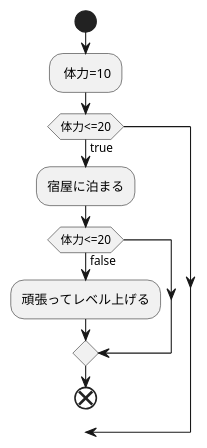
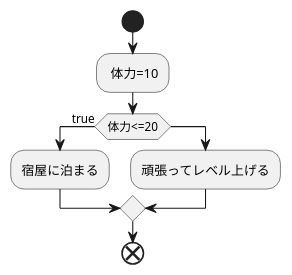
Before and after one commit to Aso2001224/2021sys-design: the diagram in tairyoku.md, drawn with PlantUML.

````diff
--- a/tairyoku.md
+++ b/tairyoku.md
@@ -1,13 +1,13 @@
 ```uml
 @startuml
 start
 : 体力=10;
 if(体力<=20)then(true)
 :宿屋に泊まる;
-if(体力<=20)then(false)
+else
 :頑張ってレベル上げる;
 endif
 end
 
 @enduml
 ```
````
